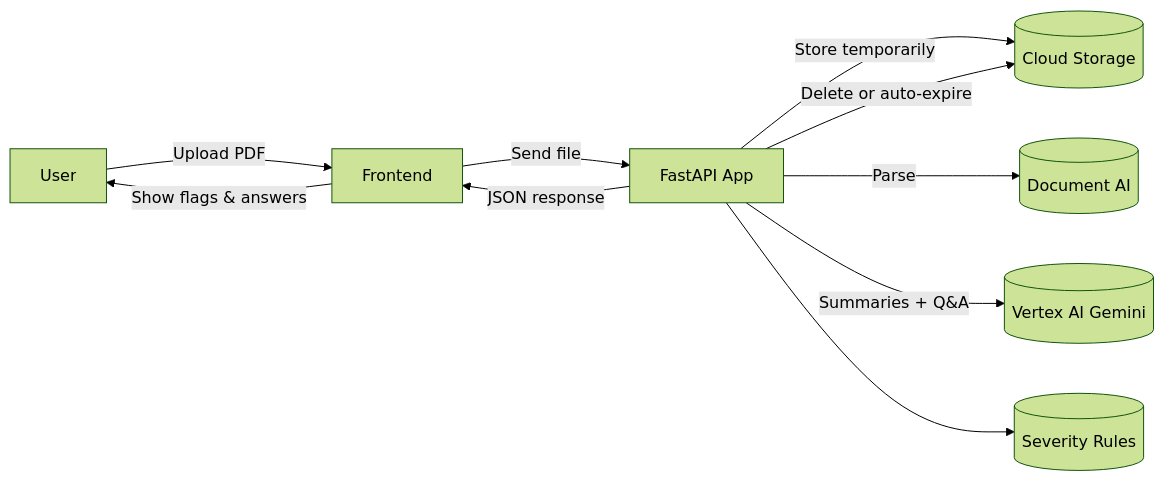
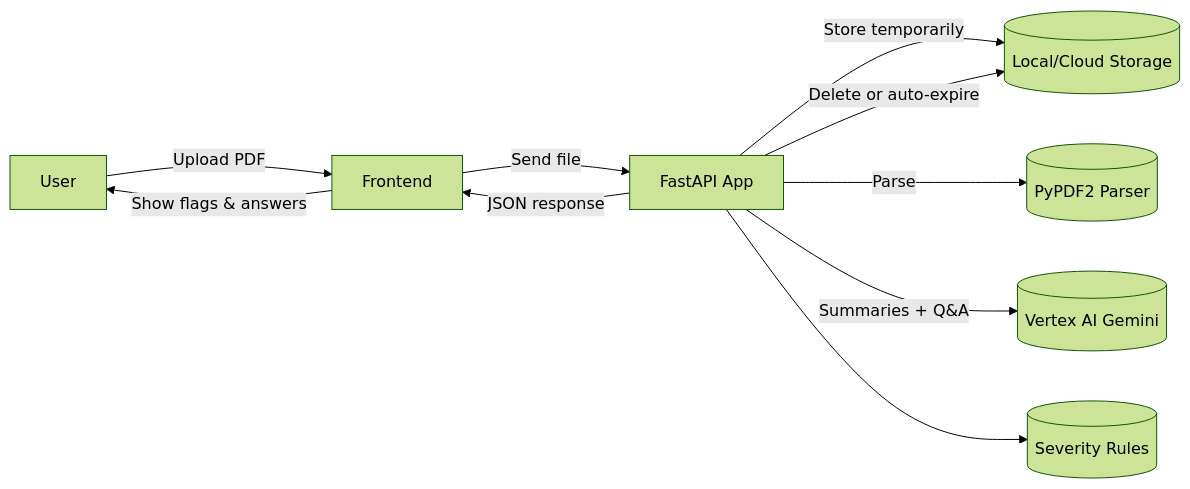
One commit to Yashaswini0110/PDD changed the diagram in README.md. Above: the diagram before and after it, drawn with Mermaid (forest theme). The commit also changed other lines of this file and 6 other files, not shown here.

````diff
--- a/README.md
+++ b/README.md
@@ -25,12 +25,12 @@
 ```mermaid
 flowchart LR
     User -->|Upload PDF| Frontend
     Frontend -->|Send file| Backend[FastAPI App]
-    Backend -->|Store temporarily| GCS[(Cloud Storage)]
-    Backend -->|Parse| DocAI[(Document AI)]
+    Backend -->|Store temporarily| Storage[(Local/Cloud Storage)]
+    Backend -->|Parse| PyPDF2[(PyPDF2 Parser)]
     Backend -->|Summaries + Q&A| Gemini[(Vertex AI Gemini)]
     Backend --> SeverityEngine[(Severity Rules)]
     Backend -->|JSON response| Frontend
     Frontend -->|Show flags & answers| User
-    Backend -->|Delete or auto-expire| GCS
+    Backend -->|Delete or auto-expire| Storage
 ```
````
